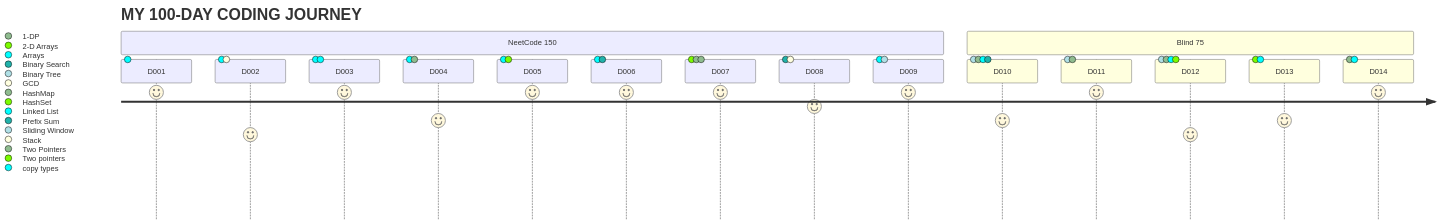
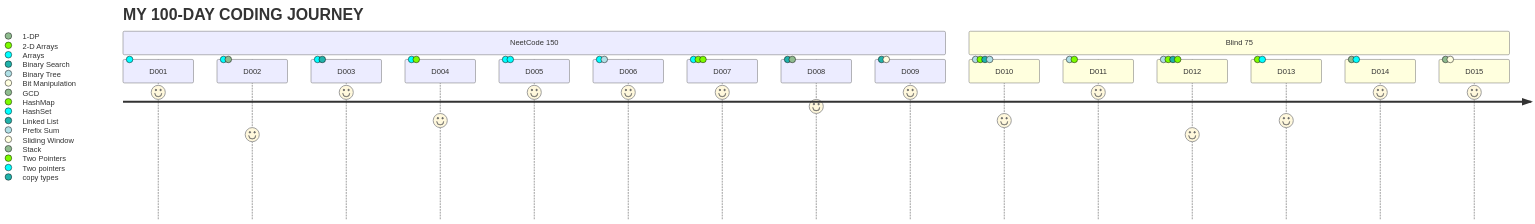
One commit to Edddush/100-days-of-code changed the diagram in log.md. Above: the diagram before and after it, drawn with Mermaid. The commit also changed other lines of this file, not shown here.

````diff
--- a/log.md
+++ b/log.md
@@ -3,20 +3,21 @@
 ```mermaid
 journey
     title MY 100-DAY CODING JOURNEY
     section NeetCode 150
       D001: 9: Arrays
       D002: 6: Arrays, GCD
       D003: 9: Arrays, copy types
       D004: 7: Arrays, Two Pointers
       D005: 9: Arrays, Two pointers
       D006: 9: Arrays, Prefix Sum
       D007: 9: HashSet, HashMap, Two Pointers
       D008: 8: Binary Search, Stack
       D009: 9: Linked List, Sliding Window
     section Blind 75
       D010: 7: Binary Tree, HashMap, Linked List, Prefix Sum
       D011: 9: Binary Tree, Two Pointers
       D012: 6: Binary Tree, Two Pointers, Linked List, 2-D Arrays
       D013: 7: 2-D Arrays, Arrays
       D014: 9: 1-DP, Arrays
+      D015: 9: 1-DP, Bit Manipulation
 ```
````
